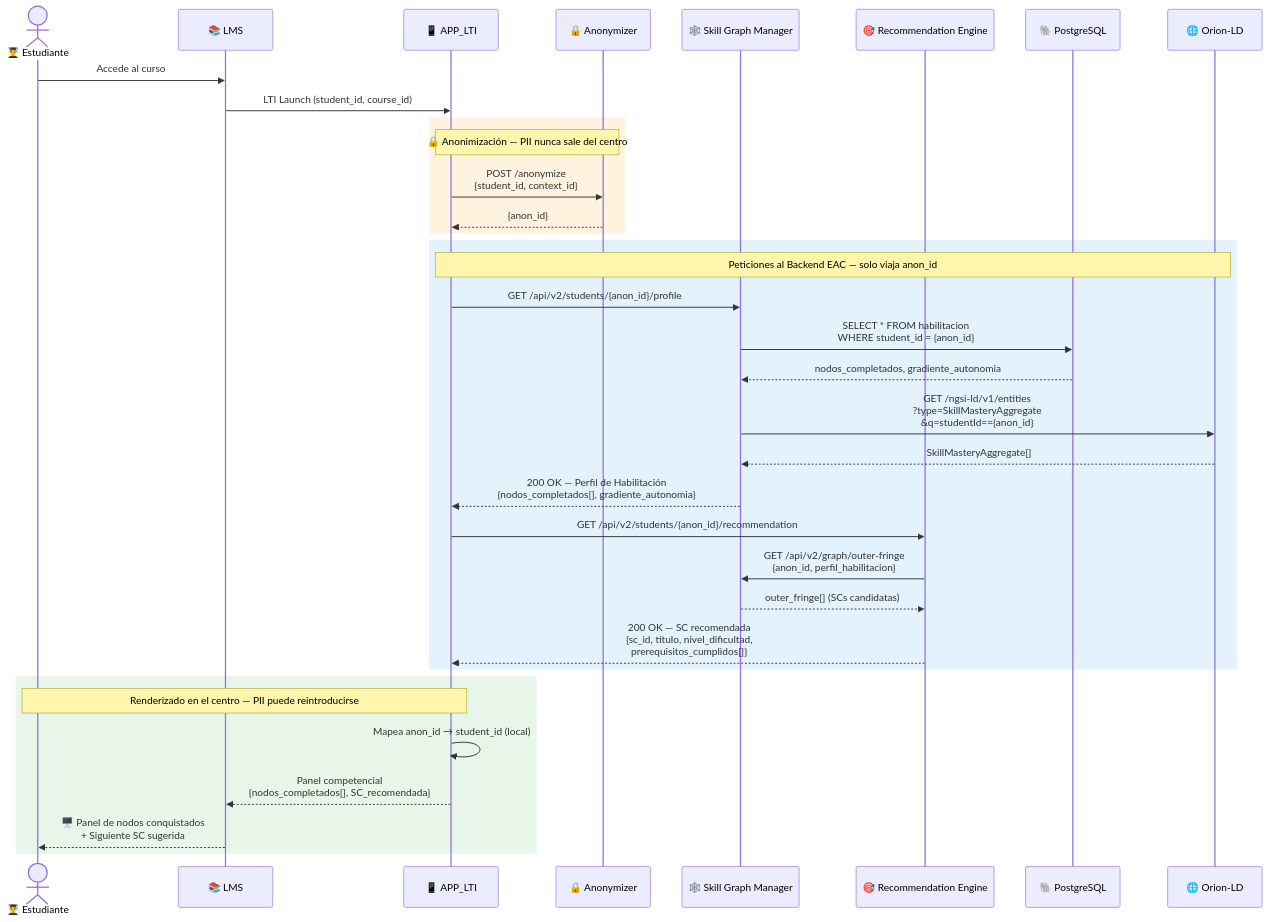
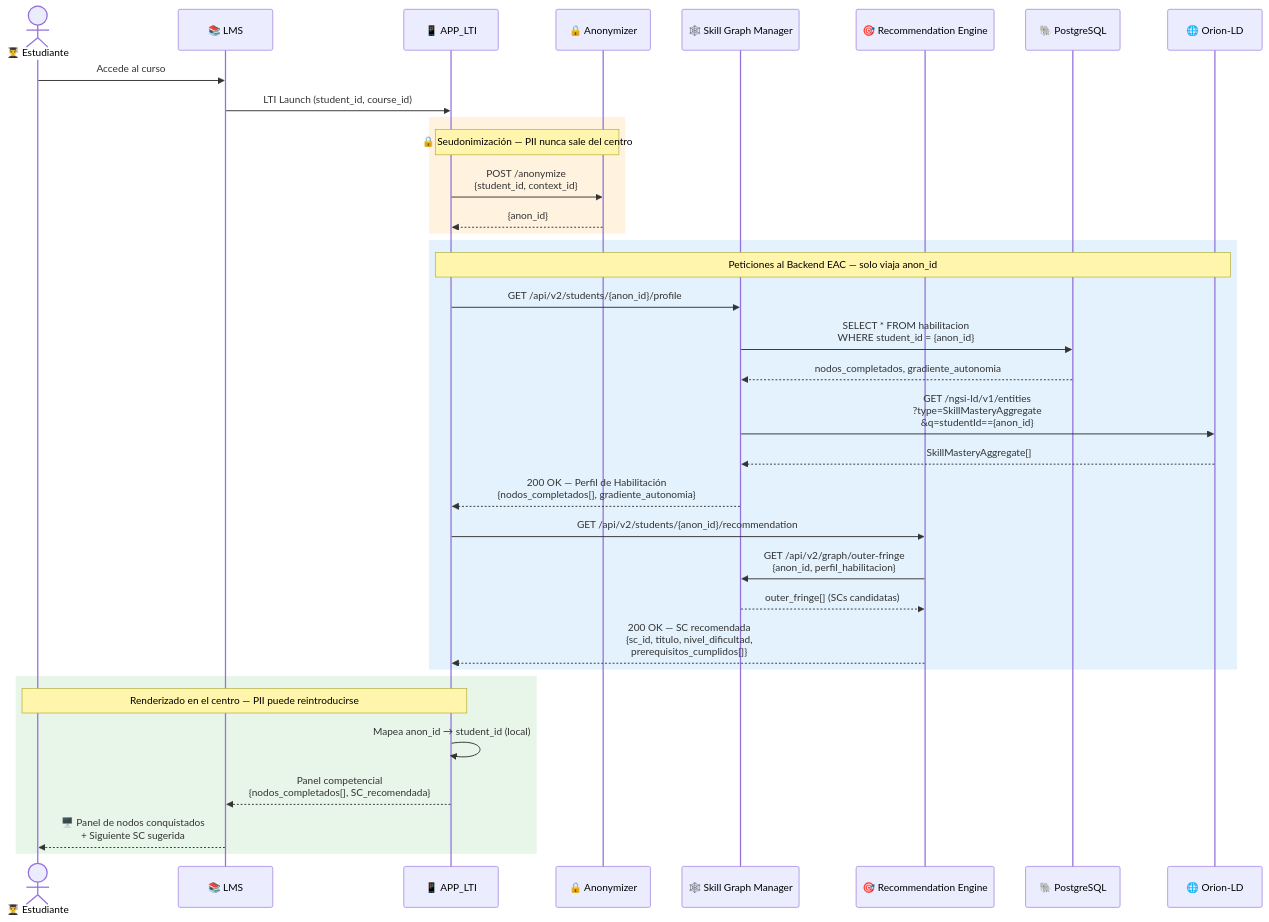
The third of 3 diagrams in 054-diagramas-secuencias.md (C3-VFDS/use_case_pkst), drawn with Mermaid before and after one commit. The commit also changed other lines of this file and 9 other files, not shown here.

````diff
--- a/054-diagramas-secuencias.md
+++ b/054-diagramas-secuencias.md
@@ -129,43 +129,43 @@
 ```mermaid
 sequenceDiagram
     actor STUDENT as 👨‍🎓 Estudiante
     participant LMS as 📚 LMS
     participant APP_LTI as 📱 APP_LTI
     participant ANON as 🔒 Anonymizer
     participant SGRAPH as 🕸️ Skill Graph Manager
     participant REC as 🎯 Recommendation Engine
     participant POSTGRES_C as 🐘 PostgreSQL
     participant ORIONLD as 🌐 Orion-LD
 
     STUDENT->>LMS: Accede al curso
     LMS->>APP_LTI: LTI Launch (student_id, course_id)
 
     rect rgb(255, 243, 224)
-        Note over APP_LTI,ANON: 🔒 Anonimización — PII nunca sale del centro
+        Note over APP_LTI,ANON: 🔒 Seudonimización — PII nunca sale del centro
         APP_LTI->>ANON: POST /anonymize<br/>{student_id, context_id}
         ANON-->>APP_LTI: {anon_id}
     end
 
     rect rgb(227, 242, 253)
         Note over APP_LTI,ORIONLD: Peticiones al Backend EAC — solo viaja anon_id
 
         APP_LTI->>SGRAPH: GET /api/v2/students/{anon_id}/profile
         SGRAPH->>POSTGRES_C: SELECT * FROM habilitacion<br/>WHERE student_id = {anon_id}
         POSTGRES_C-->>SGRAPH: nodos_completados, gradiente_autonomia
         SGRAPH->>ORIONLD: GET /ngsi-ld/v1/entities<br/>?type=SkillMasteryAggregate<br/>&q=studentId=={anon_id}
         ORIONLD-->>SGRAPH: SkillMasteryAggregate[]
         SGRAPH-->>APP_LTI: 200 OK — Perfil de Habilitación<br/>{nodos_completados[], gradiente_autonomia}
 
         APP_LTI->>REC: GET /api/v2/students/{anon_id}/recommendation
         REC->>SGRAPH: GET /api/v2/graph/outer-fringe<br/>{anon_id, perfil_habilitacion}
         SGRAPH-->>REC: outer_fringe[] (SCs candidatas)
         REC-->>APP_LTI: 200 OK — SC recomendada<br/>{sc_id, titulo, nivel_dificultad,<br/>prerequisitos_cumplidos[]}
     end
 
     rect rgb(232, 245, 233)
         Note over APP_LTI,STUDENT: Renderizado en el centro — PII puede reintroducirse
         APP_LTI->>APP_LTI: Mapea anon_id → student_id (local)
         APP_LTI-->>LMS: Panel competencial<br/>{nodos_completados[], SC_recomendada}
         LMS-->>STUDENT: 🖥️ Panel de nodos conquistados<br/>+ Siguiente SC sugerida
     end
 ```
````
